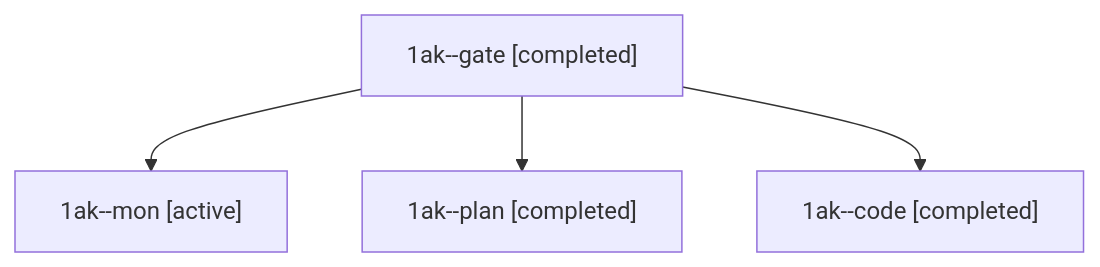
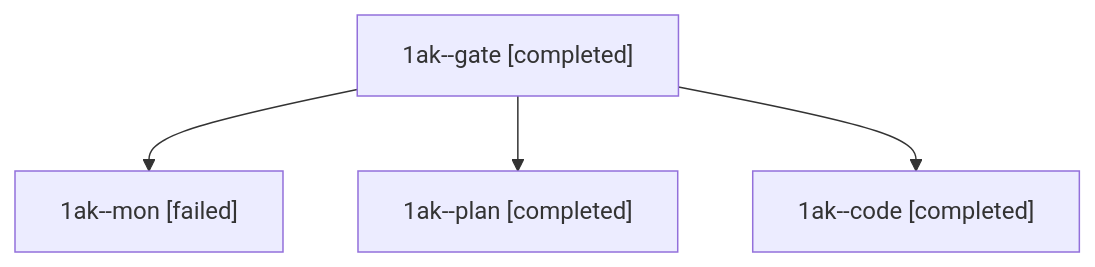
The diagram in sessions/bbugyi200.athena.1ak.md (bobs-org/bob-cli--agents), drawn with Mermaid before and after one commit. The commit also changed other lines of this file and 6 other files, not shown here.

````diff
--- a/sessions/bbugyi200.athena.1ak.md
+++ b/sessions/bbugyi200.athena.1ak.md
@@ -9,10 +9,10 @@
 ```mermaid
 flowchart TD
   n0["1ak--gate [completed]"]
-  n1["1ak--mon [active]"]
+  n1["1ak--mon [failed]"]
   n0 --> n1
   n2["1ak--plan [completed]"]
   n0 --> n2
   n3["1ak--code [completed]"]
   n0 --> n3
 ```
````
